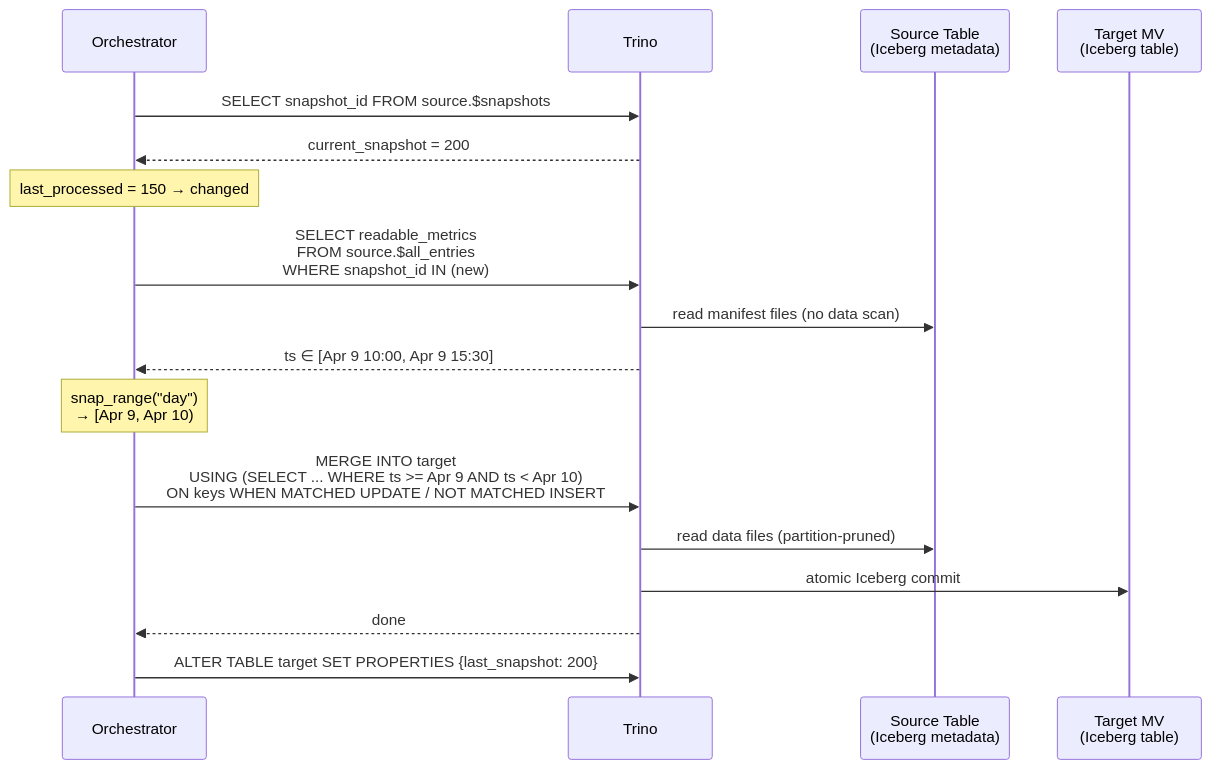
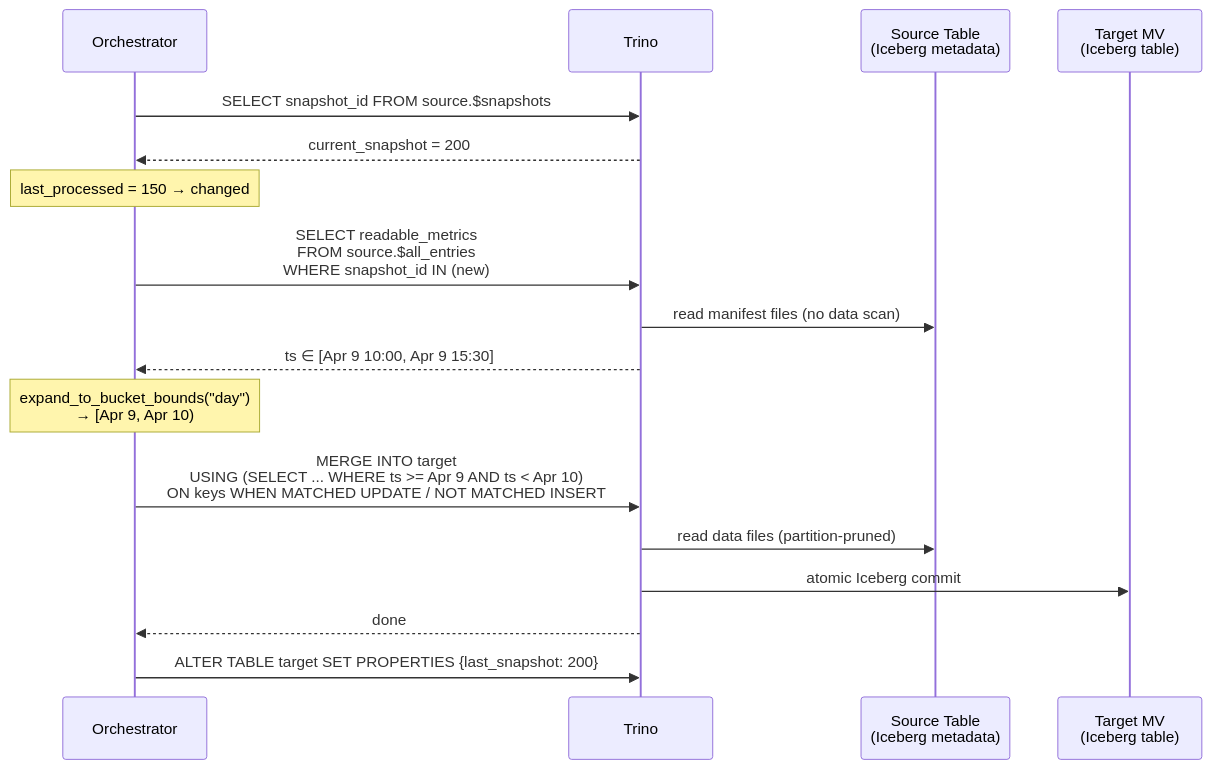
One commit to jonasbrami/iceberg-ivm changed the first of 4 diagrams in README.md. Above: the diagram before and after it, drawn with Mermaid. The commit also changed other lines of this file and 7 other files, not shown here.

First line of the commit message:
refactor: rename snap_range to expand_to_bucket_bounds

````diff
--- a/README.md
+++ b/README.md
@@ -29,25 +29,25 @@
 ```mermaid
 sequenceDiagram
     participant O as Orchestrator
     participant T as Trino
     participant SRC as Source Table<br/>(Iceberg metadata)
     participant TGT as Target MV<br/>(Iceberg table)
 
     O->>T: SELECT snapshot_id FROM source.$snapshots
     T-->>O: current_snapshot = 200
 
     Note over O: last_processed = 150 → changed
 
     O->>T: SELECT readable_metrics<br/>FROM source.$all_entries<br/>WHERE snapshot_id IN (new)
     T->>SRC: read manifest files (no data scan)
     T-->>O: ts ∈ [Apr 9 10:00, Apr 9 15:30]
 
-    Note over O: snap_range("day")<br/>→ [Apr 9, Apr 10)
+    Note over O: expand_to_bucket_bounds("day")<br/>→ [Apr 9, Apr 10)
 
     O->>T: MERGE INTO target<br/>USING (SELECT ... WHERE ts >= Apr 9 AND ts < Apr 10)<br/>ON keys WHEN MATCHED UPDATE / NOT MATCHED INSERT
     T->>SRC: read data files (partition-pruned)
     T->>TGT: atomic Iceberg commit
     T-->>O: done
 
     O->>T: ALTER TABLE target SET PROPERTIES {last_snapshot: 200}
 ```
````
